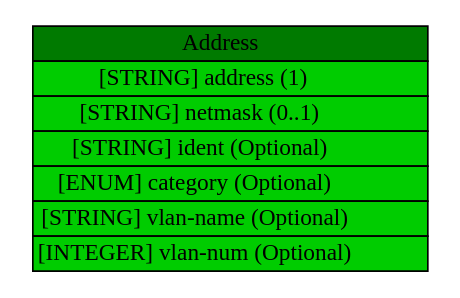
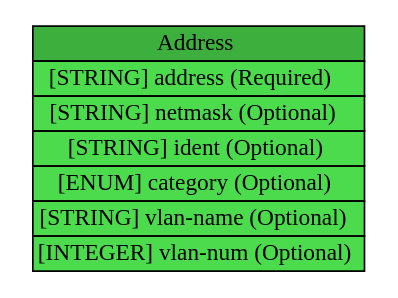
Before and after one commit to Moutix/idmef_parser: the diagram in idmef/graph/Address.dot, drawn with Graphviz. The commit also changed 197 other files, not shown here.

Commit message:
Update Graphs

```diff
--- a/idmef/graph/Address.dot
+++ b/idmef/graph/Address.dot
@@ -1,6 +1,11 @@
 digraph Address {
-	graph [rankdir=LR];
+	graph [bb="0,0,215,155",
+		rankdir=LR
+	];
 	node [label="\N"];
-	graph [bb="0,0,246,148"];
-	Address [label=<<table BORDER="0" CELLBORDER="1" CELLSPACING="0"> <tr > <td BGCOLOR="#007a00" HREF="#" TITLE="The Address class is used to represent network, hardware, and application addresses. ">Address</td> </tr>" %<tr><td BGCOLOR="#00CC00" HREF="#" TITLE="The address information.  The format of this data is governed by the category attribute.">[STRING] address (1) </td></tr>%<tr><td BGCOLOR="#00CC00" HREF="#" TITLE="The network mask for the address, if appropriate.">[STRING] netmask (0..1) </td></tr>%<tr><td BGCOLOR="#00CC00" HREF="#" TITLE="A unique identifier for the address; see Section 3.2.9.">[STRING] ident (Optional) </td></tr>%<tr><td BGCOLOR="#00CC00" HREF="#" TITLE="The type of address represented.  The permitted values for this attribute are shown below.  The default value is &quot;unknown&quot;.  (See also Section 10.)">[ENUM] category (Optional) </td></tr>%<tr><td BGCOLOR="#00CC00" HREF="#" TITLE="The name of the Virtual LAN to which the address belongs.">[STRING] vlan-name (Optional) </td></tr>%<tr><td BGCOLOR="#00CC00" HREF="#" TITLE="The number of the Virtual LAN to which the address belongs.">[INTEGER] vlan-num (Optional) </td></tr>%</table>>, shape=plaintext, pos="123,74", width="3.3889", height="2.0694"];
+	Address	 [height=2.1528,
+		label=<<table BORDER="0" CELLBORDER="1" CELLSPACING="0"> <tr> <td BGCOLOR="#3daf3d" HREF="#" TITLE="The Address class is used to represent network, hardware, and application addresses. "><FONT FACE="Nimbus Sans L">Address</FONT></td> </tr>" %<tr><td BGCOLOR="#4cdb4c"  HREF="#" TITLE="The address information.  The format of this data is governed by the category attribute."><FONT FACE="Nimbus Sans L">[STRING] address (Required)</FONT></td></tr>%<tr><td BGCOLOR="#4cdb4c"  HREF="#" TITLE="The network mask for the address, if appropriate."><FONT FACE="Nimbus Sans L">[STRING] netmask (Optional)</FONT></td></tr>%<tr><td BGCOLOR="#4cdb4c"  HREF="#" TITLE="A unique identifier for the address; see Section 3.2.9."><FONT FACE="Nimbus Sans L">[STRING] ident (Optional)</FONT></td></tr>%<tr><td BGCOLOR="#4cdb4c"  HREF="#" TITLE="The type of address represented.  The permitted values for this attribute are shown below.  The default value is &quot;unknown&quot;.  (See also Section 10.)"><FONT FACE="Nimbus Sans L">[ENUM] category (Optional)</FONT></td></tr>%<tr><td BGCOLOR="#4cdb4c"  HREF="#" TITLE="The name of the Virtual LAN to which the address belongs."><FONT FACE="Nimbus Sans L">[STRING] vlan-name (Optional)</FONT></td></tr>%<tr><td BGCOLOR="#4cdb4c"  HREF="#" TITLE="The number of the Virtual LAN to which the address belongs."><FONT FACE="Nimbus Sans L">[INTEGER] vlan-num (Optional)</FONT></td></tr>%</table>>,
+		pos="107.5,77.5",
+		shape=plaintext,
+		width=2.9861];
 }
```
